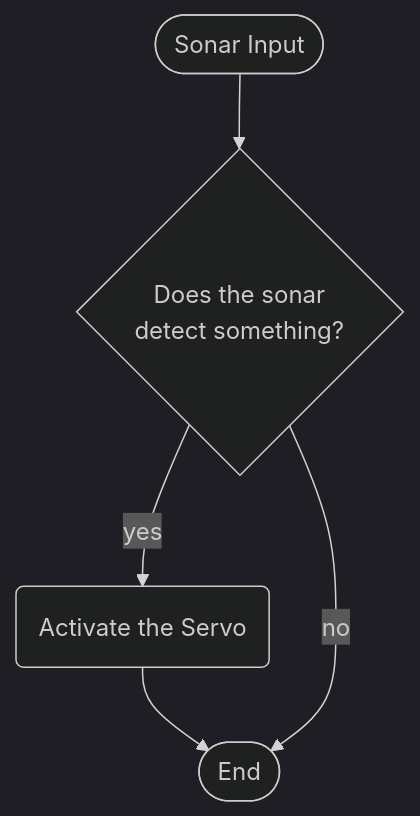
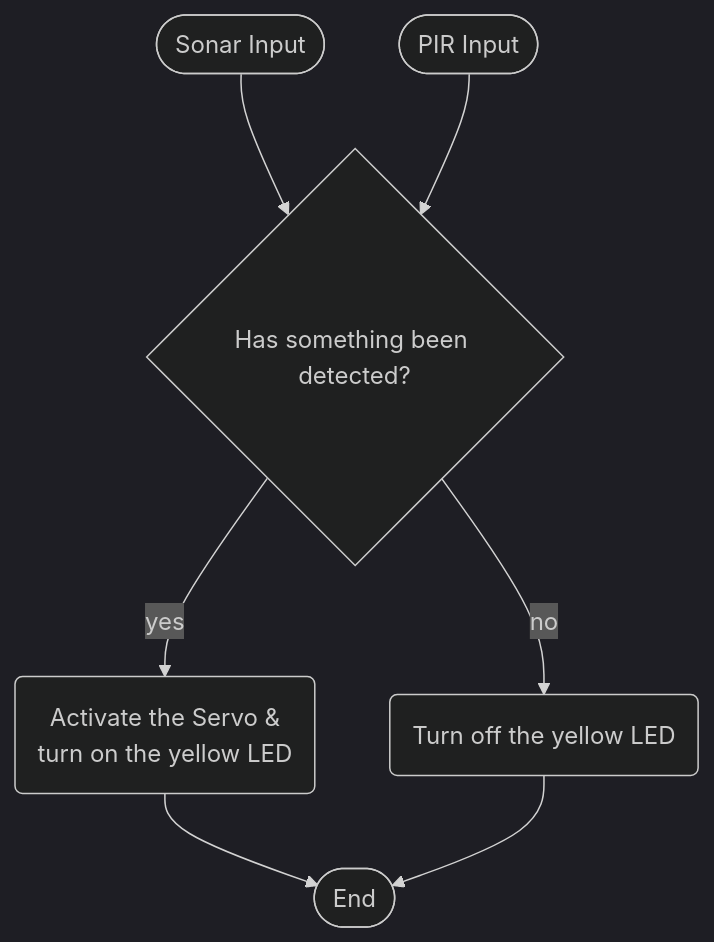
Before and after one commit to AjaySayer/Smart-Device-2023-Semester-1: the second of 3 diagrams in logic.md, drawn with Mermaid (dark theme). The commit also changed other lines of this file and 1 other file, not shown here.

````diff
--- a/logic.md
+++ b/logic.md
@@ -21,17 +40,22 @@
 ```mermaid 
 flowchart TD
     sonarInput([Sonar Input])
+    PIRInput([PIR Input])
 
-    sonarInput-->sonarDecision
+    sonarInput-->Decision
+    PIRInput-->Decision
 
-    sonarDecision{Does the sonar <br/> detect something?}
+    Decision{Has something been detected?}
 
-    sonarDecision-->|yes|eject
+    Decision-->|yes|on
 
-    eject(Activate the Servo)
-    eject-->complete
+    on(Activate the Servo & <br> turn on the yellow LED)
+    on-->complete
 
-    sonarDecision-->|no|complete
+    Decision-->|no|off
+    off(Turn off the yellow LED)
+    off-->complete
+
 
     complete([End])
 ```
````
